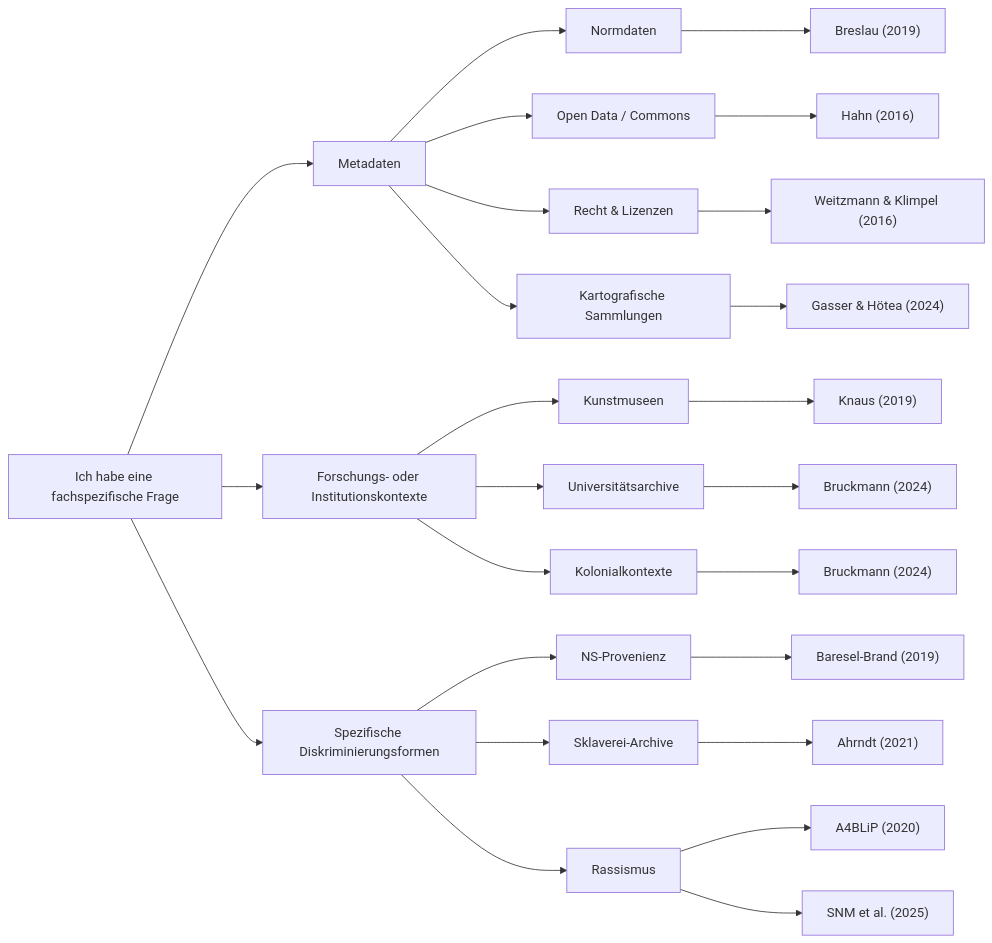
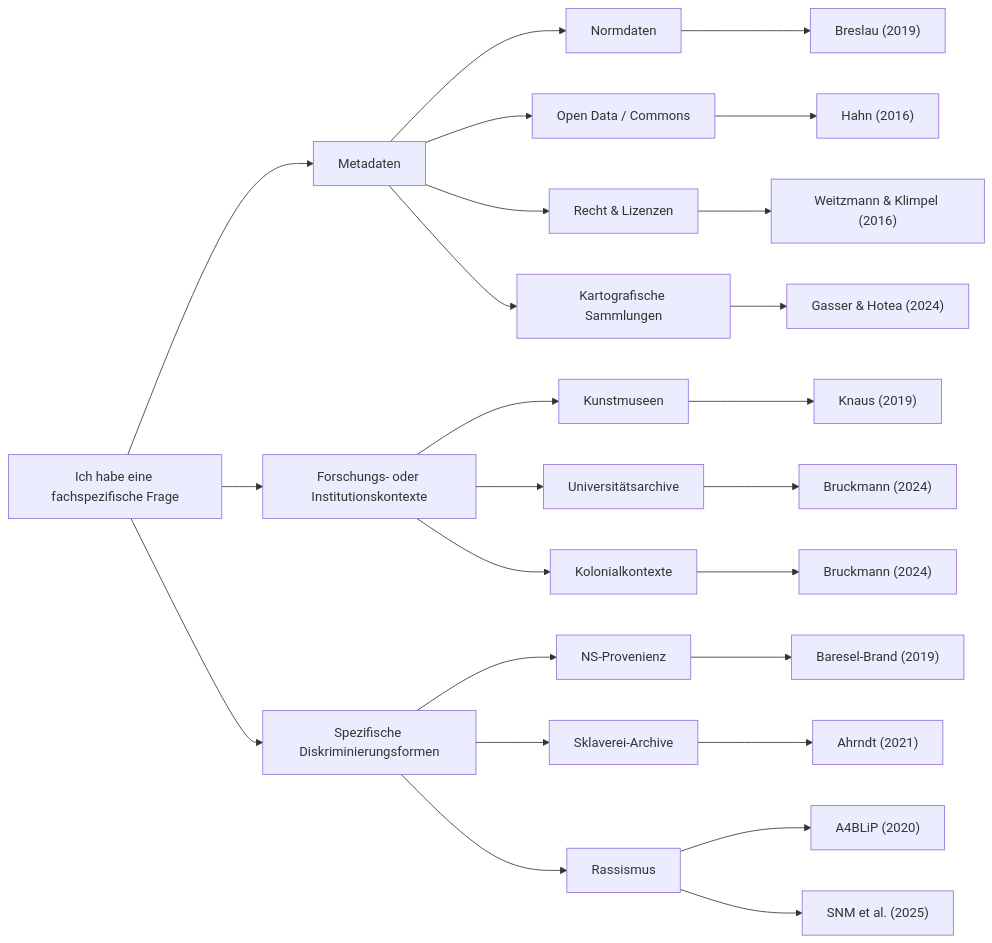
Before and after one commit to maehr/diskriminierungsfreie-metadaten: the diagram in manuscript/sections/07-anhang-03-handbuecher-und-leitfaeden.qmd, drawn with Mermaid. The commit also changed other lines of this file and 10 other files, not shown here.

````diff
--- a/manuscript/sections/07-anhang-03-handbuecher-und-leitfaeden.qmd
+++ b/manuscript/sections/07-anhang-03-handbuecher-und-leitfaeden.qmd
@@ -5,41 +5,41 @@
 ```{mermaid}
 %%| label: fig-metadata-3
 %%| fig-cap: "Hilfestellungen für weiterführende Fragen, die über die behandelten Themen des Handbuchs hinausgehen."
-%%| fig-alt: "Flussdiagramm zur Orientierung bei fachspezifischen Fragen in der Archiv- und Metadatenforschung. Die zentrale Frage 'Ich habe eine fachspezifische Frage' verzweigt in drei Bereiche: Metadaten, Forschungs- oder Institutionskontexte sowie Spezifische Diskriminierungsformen. Unter 'Metadaten' stehen Normdaten (Breslau 2019), Open Data / Commons (Hahn 2016), Recht & Lizenzen (Weitzmann & Klimpel 2016) und Kartografische Sammlungen (Gasser & Hötea 2024). Unter 'Forschungs- oder Institutionskontexte' finden sich Kunstmuseen (Knaus 2019), Universitätsarchive (Bruckmann 2024) und Kolonialkontexte (Bruckmann 2024). Unter 'Spezifische Diskriminierungsformen' erscheinen NS-Provenienz (Baresel-Brand 2019), Sklaverei-Archive (Ahrndt 2021) und Rassismus (A4BLiP 2020; Schweizerisches Nationalmuseum et al. 2025)."
+%%| fig-alt: "Flussdiagramm zur Orientierung bei fachspezifischen Fragen in der Archiv- und Metadatenforschung. Die zentrale Frage 'Ich habe eine fachspezifische Frage' verzweigt in drei Bereiche: Metadaten, Forschungs- oder Institutionskontexte sowie Spezifische Diskriminierungsformen. Unter 'Metadaten' stehen Normdaten (Breslau 2019), Open Data / Commons (Hahn 2016), Recht & Lizenzen (Weitzmann & Klimpel 2016) und Kartografische Sammlungen (Gasser & Hotea 2024). Unter 'Forschungs- oder Institutionskontexte' finden sich Kunstmuseen (Knaus 2019), Universitätsarchive (Bruckmann 2024) und Kolonialkontexte (Bruckmann 2024). Unter 'Spezifische Diskriminierungsformen' erscheinen NS-Provenienz (Baresel-Brand 2019), Sklaverei-Archive (Ahrndt 2021) und Rassismus (A4BLiP 2020; Schweizerisches Nationalmuseum et al. 2025)."
 flowchart LR
     Frage["Ich habe eine fachspezifische Frage"]
 
     Frage --> SpezMeta["Metadaten"]
     Frage --> SpezForschung["Forschungs- oder Institutionskontexte"]
     Frage --> SpezDisk["Spezifische Diskriminierungsformen"]
 
     %% Spezifische Fragen an Metadaten
     SpezMeta --> Normdaten["Normdaten"]
     SpezMeta --> OpenData["Open Data / Commons"]
     SpezMeta --> Recht["Recht & Lizenzen"]
     SpezMeta --> Karten["Kartografische Sammlungen"]
 
     Normdaten --> Breslau["Breslau (2019)"]
     OpenData --> Hahn["Hahn (2016)"]
     Recht --> Weitzmann["Weitzmann & Klimpel (2016)"]
-    Karten --> Gasser["Gasser & Hötea (2024)"]
+    Karten --> Gasser["Gasser & Hotea (2024)"]
 
     %% Spezifische Forschungs- oder Institutionskontexte
     SpezForschung --> Kunst["Kunstmuseen"]
     SpezForschung --> UniArchive["Universitätsarchive"]
     SpezForschung --> Kolonial["Kolonialkontexte"]
 
     Kunst --> Knaus["Knaus (2019)"]
     UniArchive --> Bruckmann["Bruckmann (2024)"]
     Kolonial --> Bruckmann2["Bruckmann (2024)"]
 
     %% Spezifische Diskriminierungsformen
     SpezDisk --> NSProvenienz["NS-Provenienz"]
     SpezDisk --> Sklaverei["Sklaverei-Archive"]
     SpezDisk --> Rassismus["Rassismus"]
 
     NSProvenienz --> Baresel["Baresel-Brand (2019)"]
     Sklaverei --> Ahrndt["Ahrndt (2021)"]
     Rassismus --> A4BLiP2020["A4BLiP (2020)"]
     Rassismus --> CritGlam2025["SNM et al. (2025)"]
 ```
````
